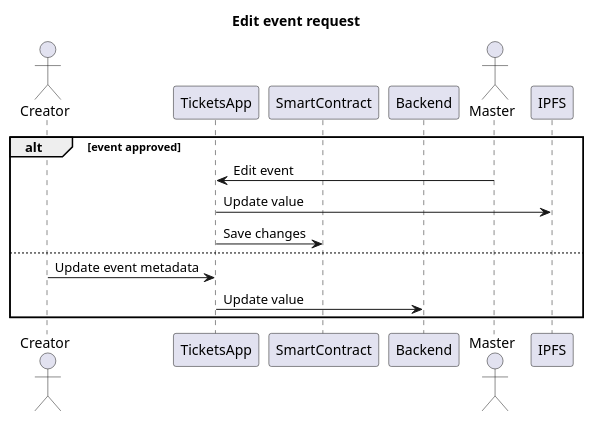
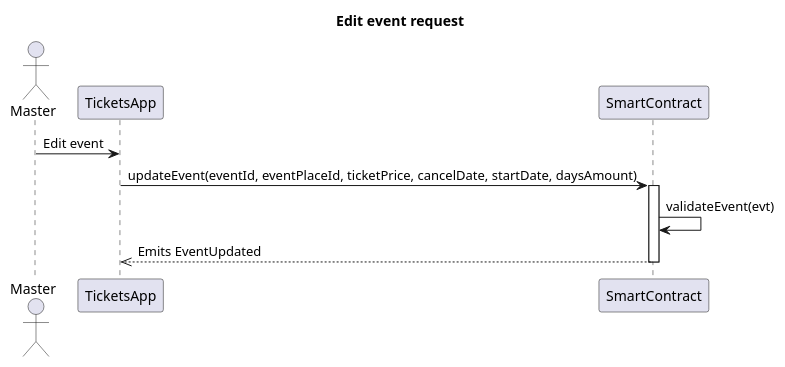
The tenth of 26 diagrams in README.org (ai-shift/cyber-valley-tickets), drawn with PlantUML before and after one commit. The commit also changed other lines of this file, not shown here.

```diff
--- a/README.org
+++ b/README.org
@@ -231,18 +283,14 @@
 #+begin_src plantuml :file ./img/edit-event-request.png
 title Edit event request
 
-actor Creator
+actor Master
 participant TicketsApp
 participant SmartContract
-participant Backend
-actor Master
 
-alt event approved
-  Master -> TicketsApp: Edit event
-  TicketsApp -> IPFS: Update value
-  TicketsApp -> SmartContract: Save changes
-else
-  Creator -> TicketsApp: Update event metadata
-  TicketsApp -> Backend: Update value
-end
+Master -> TicketsApp: Edit event
+TicketsApp -> SmartContract: updateEvent(eventId, eventPlaceId, ticketPrice, cancelDate, startDate, daysAmount)
+activate SmartContract
+SmartContract -> SmartContract: validateEvent(evt)
+SmartContract -->> TicketsApp: Emits EventUpdated
+deactivate SmartContract
 #+end_src
```
